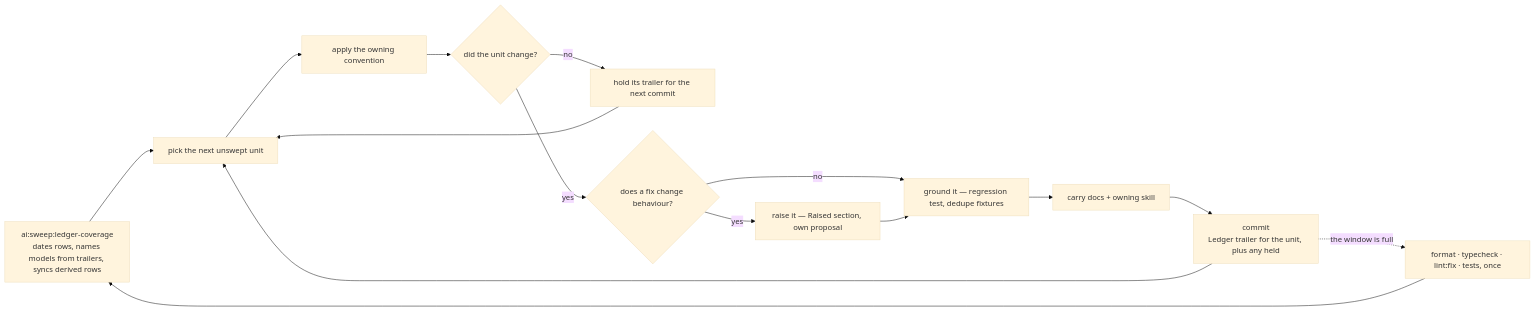
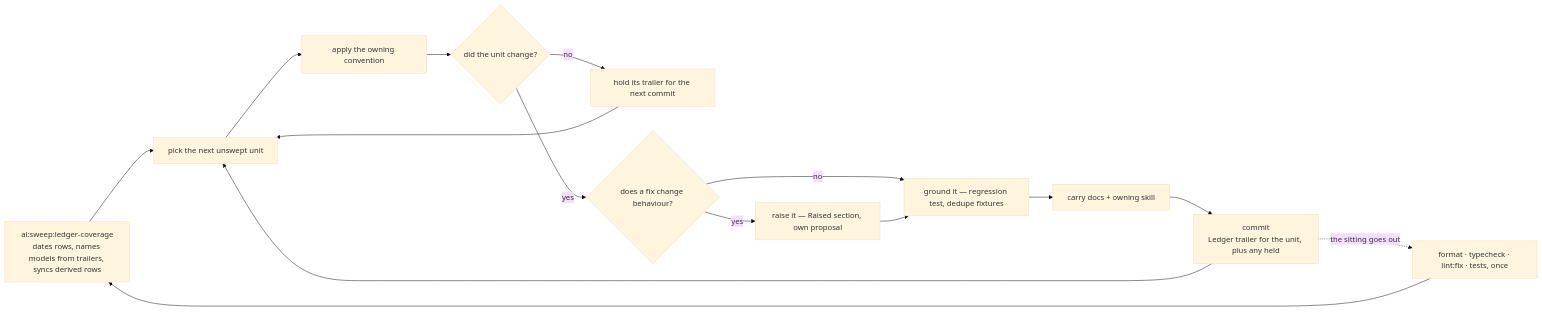
One commit to Esposter/Esposter changed the diagram in .agents/skills/sweeps/SKILL.md. Above: the diagram before and after it, drawn with Mermaid (base theme). The commit also changed other lines of this file and 1 other file, not shown here.

First line of the commit message:
docs(sweeps): a sitting is never sized to a review window — the collector cuts them at the cap

````diff
--- a/.agents/skills/sweeps/SKILL.md
+++ b/.agents/skills/sweeps/SKILL.md
@@ -45,17 +45,17 @@
 ```mermaid
 flowchart LR
   COVER["ai:sweep:ledger-coverage<br/>dates rows, names models from trailers, syncs derived rows"] --> PICK["pick the next unswept unit"]
   PICK --> APPLY["apply the owning convention"]
   APPLY --> CHANGED{"did the unit change?"}
   CHANGED -->|"no"| HOLD["hold its trailer for the next commit"]
   HOLD --> PICK
   CHANGED -->|"yes"| GATE{"does a fix change behaviour?"}
   GATE -->|"yes"| RAISE["raise it — Raised section, own proposal"]
   GATE -->|"no"| TESTS["ground it — regression test, dedupe fixtures"]
   RAISE --> TESTS
   TESTS --> CARRY["carry docs + owning skill"]
   CARRY --> TICK["commit<br/>Ledger trailer for the unit, plus any held"]
   TICK --> PICK
-  TICK -.->|"the window is full"| CHECK["format · typecheck · lint:fix · tests, once"]
+  TICK -.->|"the sitting goes out"| CHECK["format · typecheck · lint:fix · tests, once"]
   CHECK --> COVER
 ```
````
